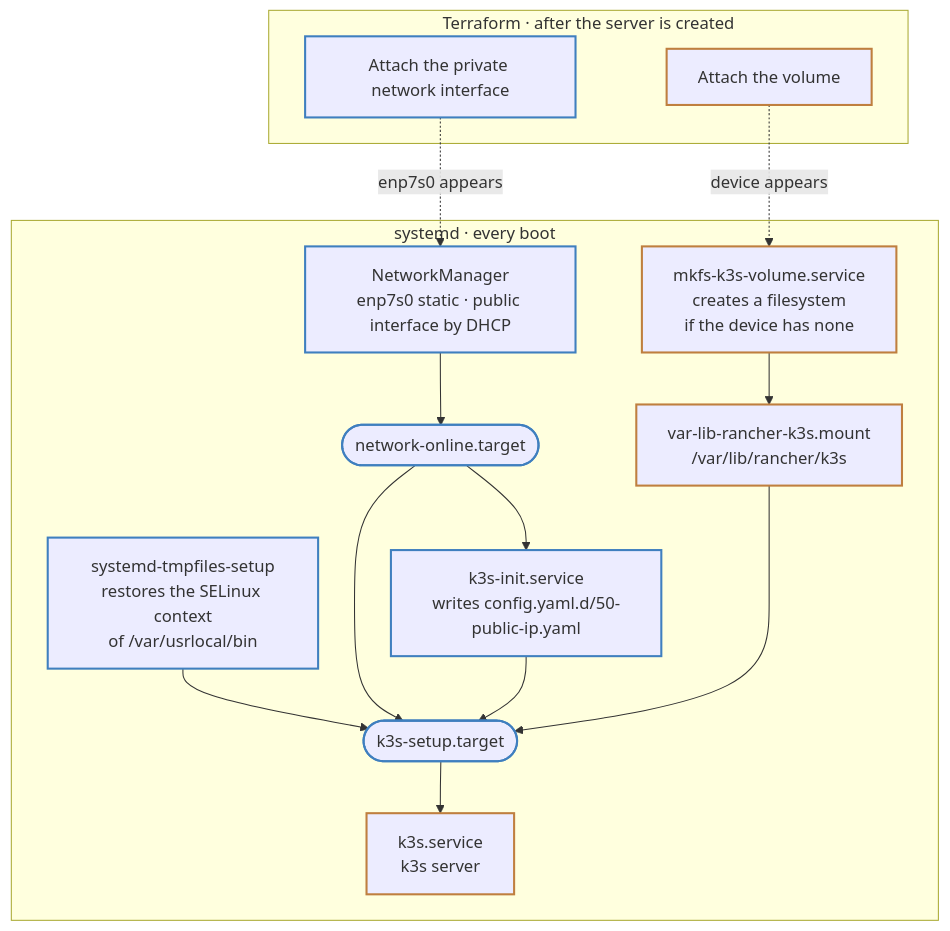
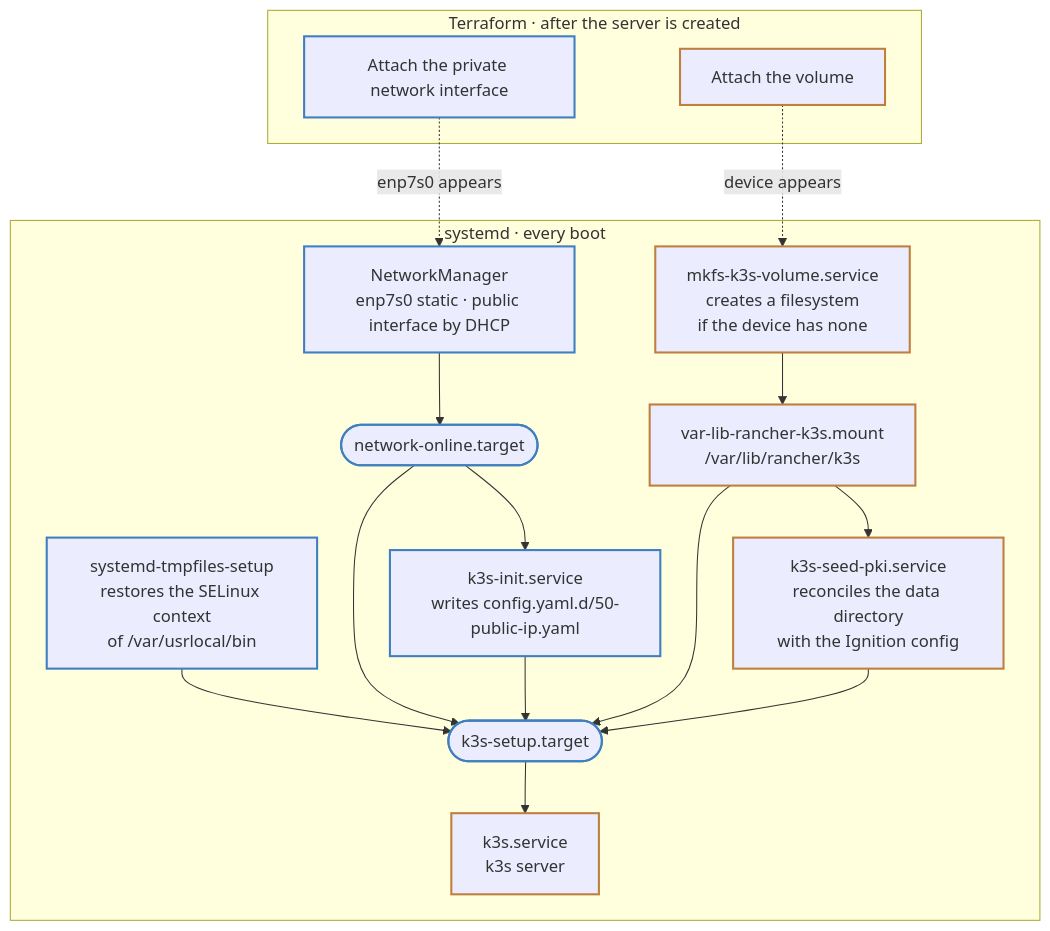
One commit to lthms/raya changed the diagram in docs/boot.md. Above: the diagram before and after it, drawn with Mermaid. The commit also changed other lines of this file and 5 other files, not shown here.

````diff
--- a/docs/boot.md
+++ b/docs/boot.md
@@ -40,36 +40,38 @@
 ```mermaid
 graph TB
   subgraph terraform["Terraform · after the server is created"]
     attach_nic["Attach the private network interface"]
     attach_vol["Attach the volume"]
   end
 
   subgraph systemd["systemd · every boot"]
     tmpfiles["systemd-tmpfiles-setup<br/>restores the SELinux context<br/>of /var/usrlocal/bin"]
     nm["NetworkManager<br/>enp7s0 static · public interface by DHCP"]
     online(["network-online.target"])
     init["k3s-init.service<br/>writes config.yaml.d/50-public-ip.yaml"]
     mkfs["mkfs-k3s-volume.service<br/>creates a filesystem<br/>if the device has none"]
     mount["var-lib-rancher-k3s.mount<br/>/var/lib/rancher/k3s"]
+    seed["k3s-seed-pki.service<br/>reconciles the data directory<br/>with the Ignition config"]
     setup(["k3s-setup.target"])
     k3s["k3s.service<br/>k3s server"]
 
     nm --> online --> init
-    mkfs --> mount
+    mkfs --> mount --> seed
 
     tmpfiles --> setup
     online --> setup
     init --> setup
     mount --> setup
+    seed --> setup
     setup --> k3s
   end
 
   attach_nic -.->|enp7s0 appears| nm
   attach_vol -.->|device appears| mkfs
 
   classDef shared stroke:#3f7fbf,stroke-width:2px
   classDef control stroke:#bf7f3f,stroke-width:2px
 
-  class attach_nic,tmpfiles,nm,online,init,setup,legend_shared shared
-  class attach_vol,mkfs,mount,k3s,legend_control control
+  class attach_nic,tmpfiles,nm,online,init,setup shared
+  class attach_vol,mkfs,mount,seed,k3s control
 ```
````
